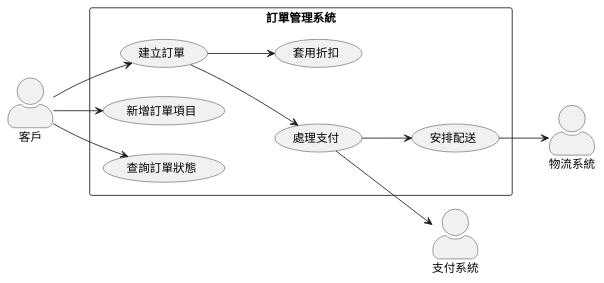
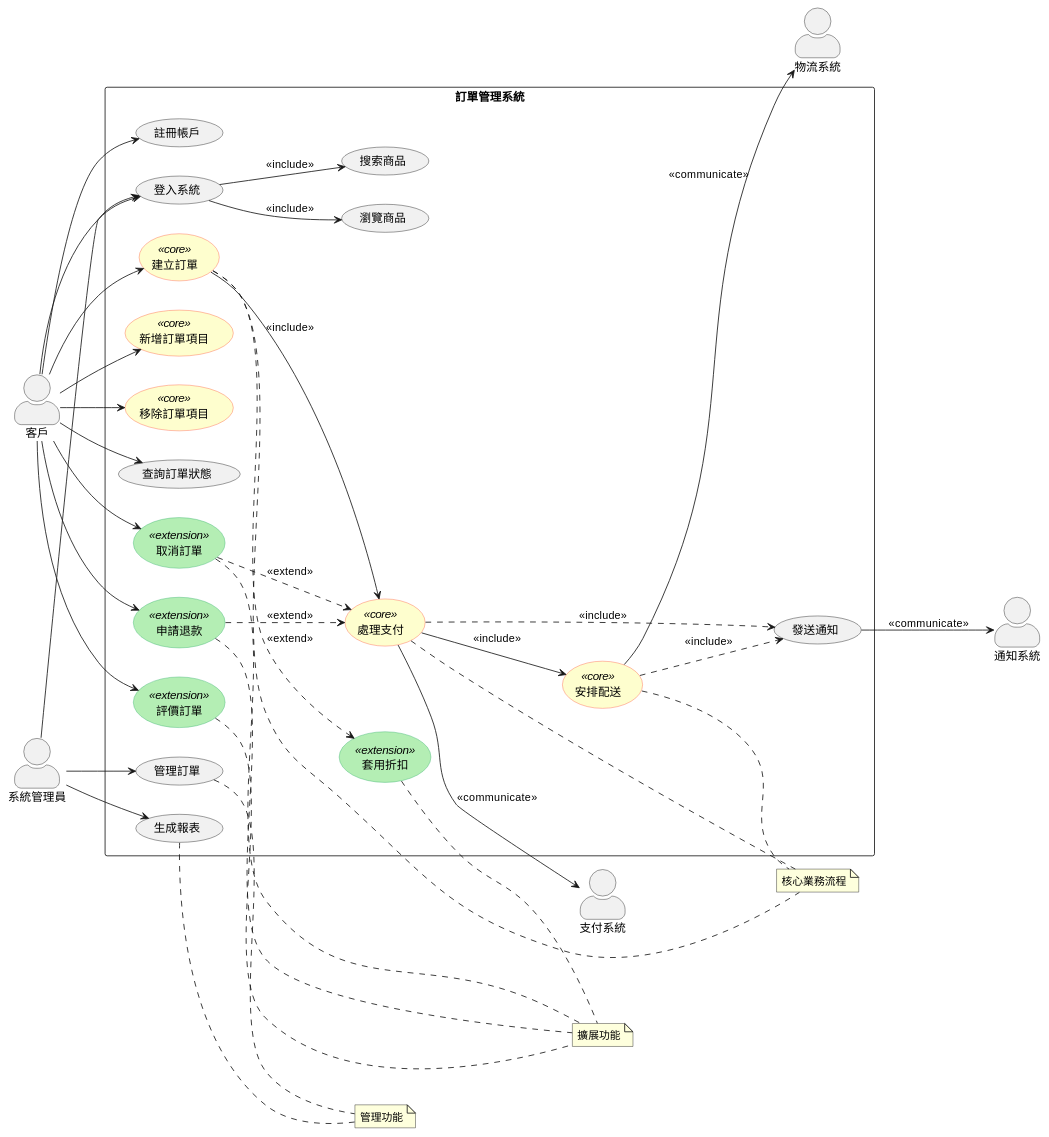
Before and after one commit to humank/genai-demo: the diagram in docs/uml/use-case-diagram.puml, drawn with PlantUML. The commit also changed 40 other files, not shown here.

Commit message:
Add use case diagram for the system in SVG format

```diff
--- a/docs/uml/use-case-diagram.puml
+++ b/docs/uml/use-case-diagram.puml
@@ -1,30 +1,86 @@
 @startuml 訂單系統使用案例圖
 left to right direction
 skinparam actorStyle awesome
+skinparam usecase {
+  BackgroundColor<<core>> #FEFECE
+  BackgroundColor<<extension>> #B4EEB4
+  BorderColor<<core>> #FF6347
+  BorderColor<<extension>> #3CB371
+}
 
 :客戶: as Customer
+:系統管理員: as Admin
 :支付系統: as PaymentSystem
 :物流系統: as LogisticsSystem
+:通知系統: as NotificationSystem
 
 rectangle 訂單管理系統 {
-    usecase "建立訂單" as CreateOrder
-    usecase "新增訂單項目" as AddOrderItem
-    usecase "處理支付" as ProcessPayment
-    usecase "安排配送" as ArrangeDelivery
+    usecase "註冊帳戶" as Register
+    usecase "登入系統" as Login
+    usecase "瀏覽商品" as BrowseProducts
+    usecase "搜索商品" as SearchProducts
+    usecase "建立訂單" as CreateOrder <<core>>
+    usecase "新增訂單項目" as AddOrderItem <<core>>
+    usecase "移除訂單項目" as RemoveOrderItem <<core>>
+    usecase "處理支付" as ProcessPayment <<core>>
+    usecase "安排配送" as ArrangeDelivery <<core>>
     usecase "查詢訂單狀態" as CheckOrderStatus
-    usecase "套用折扣" as ApplyDiscount
+    usecase "取消訂單" as CancelOrder <<extension>>
+    usecase "套用折扣" as ApplyDiscount <<extension>>
+    usecase "申請退款" as RequestRefund <<extension>>
+    usecase "評價訂單" as RateOrder <<extension>>
+    usecase "管理訂單" as ManageOrders
+    usecase "生成報表" as GenerateReports
+    usecase "發送通知" as SendNotification
 }
 
+' 客戶使用案例關係
+Customer --> Register
+Customer --> Login
+Login --> BrowseProducts : <<include>>
+Login --> SearchProducts : <<include>>
 Customer --> CreateOrder
 Customer --> AddOrderItem
+Customer --> RemoveOrderItem
 Customer --> CheckOrderStatus
+Customer --> CancelOrder
+Customer --> RequestRefund
+Customer --> RateOrder
 
-CreateOrder --> ProcessPayment
-ProcessPayment --> PaymentSystem
+' 管理員使用案例關係
+Admin --> Login
+Admin --> ManageOrders
+Admin --> GenerateReports
 
-ProcessPayment --> ArrangeDelivery
-ArrangeDelivery --> LogisticsSystem
+' 核心流程關係
+CreateOrder ..> ApplyDiscount : <<extend>>
+CreateOrder --> ProcessPayment : <<include>>
+ProcessPayment --> PaymentSystem : <<communicate>>
+ProcessPayment --> ArrangeDelivery : <<include>>
+ArrangeDelivery --> LogisticsSystem : <<communicate>>
+ProcessPayment ..> SendNotification : <<include>>
+ArrangeDelivery ..> SendNotification : <<include>>
+SendNotification --> NotificationSystem : <<communicate>>
 
-CreateOrder --> ApplyDiscount
+' 擴展流程關係
+CancelOrder ..> ProcessPayment : <<extend>>
+RequestRefund ..> ProcessPayment : <<extend>>
+
+' 分組和註解
+note "核心業務流程" as N1
+note "擴展功能" as N2
+note "管理功能" as N3
+
+CreateOrder .. N1
+ProcessPayment .. N1
+ArrangeDelivery .. N1
+
+CancelOrder .. N2
+RequestRefund .. N2
+ApplyDiscount .. N2
+RateOrder .. N2
+
+ManageOrders .. N3
+GenerateReports .. N3
 
 @enduml
```
